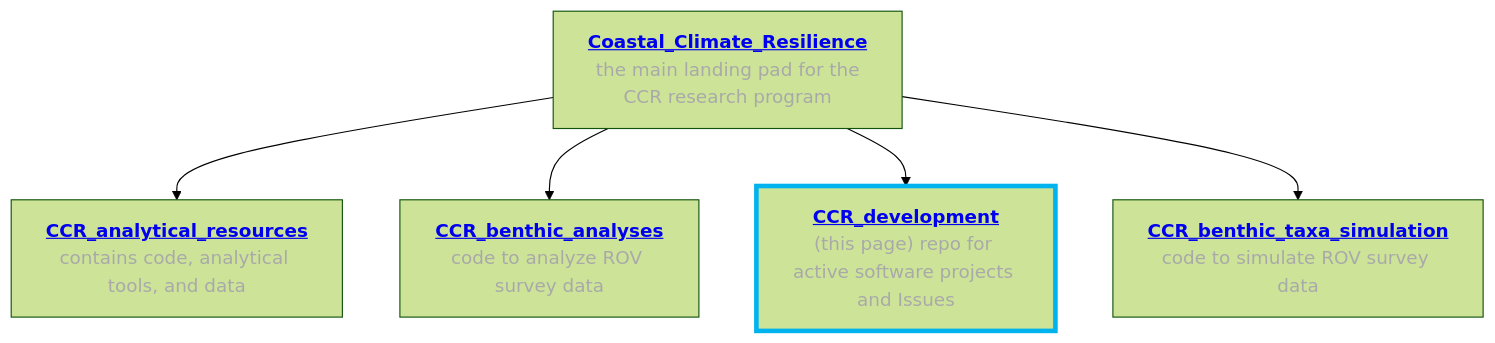
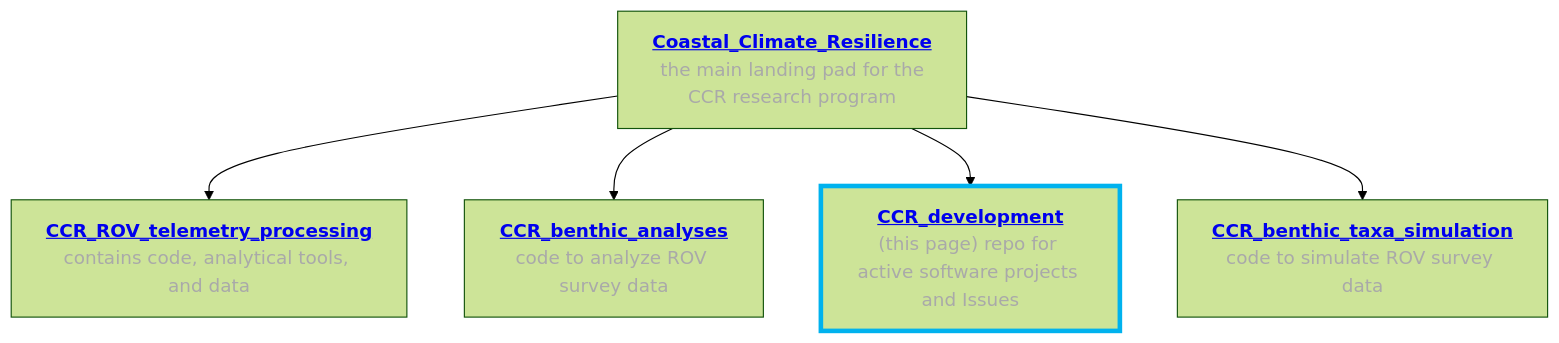
One commit to zhrandell/Seattle_Aquarium_CCR_development changed the diagram in README.md. Above: the diagram before and after it, drawn with Mermaid (forest theme).

Commit message:
small fix to readme

````diff
--- a/README.md
+++ b/README.md
@@ -6,17 +6,17 @@
 ```mermaid
 
 graph TD
 
 A["<a href='https://github.com/Seattle-Aquarium/Coastal_Climate_Resilience' target='_blank' style='font-size: 16px; font-weight: bold;'>Coastal_Climate_Resilience</a><br><font color='darkgray' style='text-decoration: none;'> the main landing pad for the CCR research program</font>"]
 
-A --> B["<a href='https://github.com/Seattle-Aquarium/CCR_analytical_resources' target='_blank' style='font-size: 16px; font-weight: bold;'>CCR_analytical_resources</a><br><font color='darkgray' style='text-decoration: none;'>contains code, analytical tools, and data</font>"]
+A --> B["<a href='https://github.com/Seattle-Aquarium/CCR_analytical_resources' target='_blank' style='font-size: 16px; font-weight: bold;'>CCR_ROV_telemetry_processing</a><br><font color='darkgray' style='text-decoration: none;'>contains code, analytical tools, and data</font>"]
 
 A --> C["<a href='https://github.com/Seattle-Aquarium/CCR_benthic_analyses' target='_blank' style='font-size: 16px; font-weight: bold;'>CCR_benthic_analyses</a><br><font color='darkgray' style='text-decoration: none;'>code to analyze ROV survey data</font>"]
 
 A --> D["<a href='https://github.com/Seattle-Aquarium/CCR_development' target='_blank' style='font-size: 16px; font-weight: bold;'>CCR_development</a><br><font color='darkgray' style='text-decoration: none;'>(this page) repo for active software projects and Issues</font>"]
 
 A --> E["<a href='https://github.com/Seattle-Aquarium/CCR_benthic_taxa_simulation' target='_blank' style='font-size: 16px; font-weight: bold;'>CCR_benthic_taxa_simulation</a><br><font color='darkgray' style='text-decoration: none;'>code to simulate ROV survey data</font>"]
 
 style D stroke:#00B2EE,stroke-width:4px
 
 ```
````
